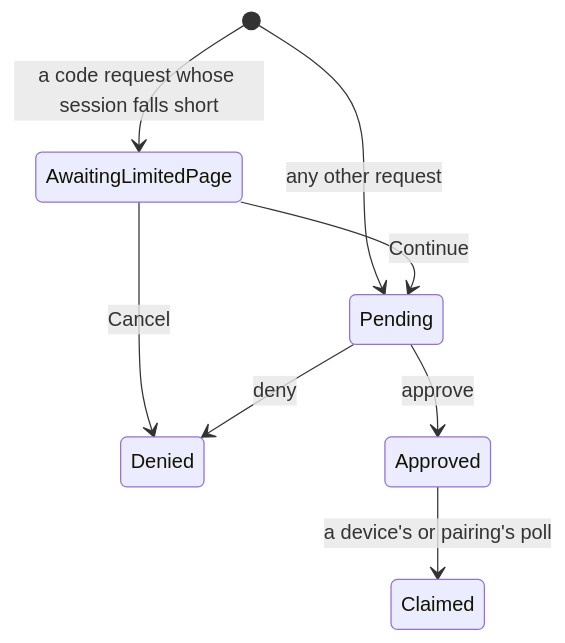
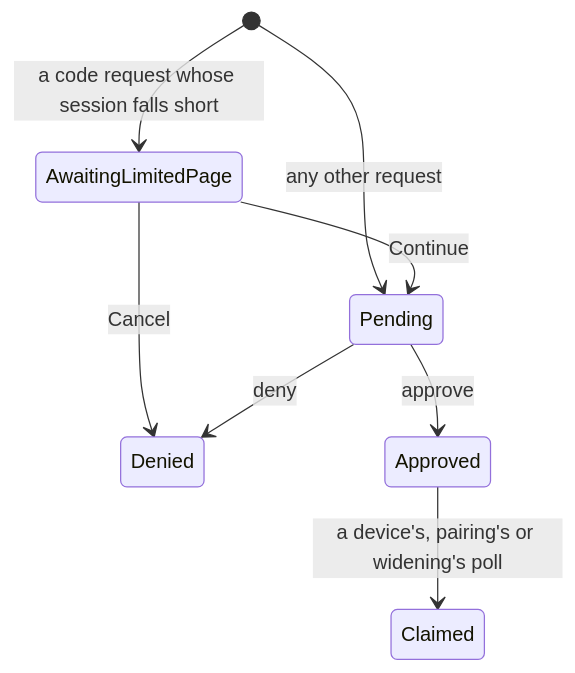
Before and after one commit to wildflowerhealthio/Wildflower: the diagram in apps/host/wildflower-server/authorization-server-rust/docs/Book/Domain/Authorization Request Explanation.md, drawn with Mermaid. The commit also changed other lines of this file and 200 other files, not shown here.

````diff
--- a/apps/host/wildflower-server/authorization-server-rust/docs/Book/Domain/Authorization Request Explanation.md
+++ b/apps/host/wildflower-server/authorization-server-rust/docs/Book/Domain/Authorization Request Explanation.md
@@ -18,10 +19,10 @@
 ```mermaid
 stateDiagram-v2
     [*] --> AwaitingLimitedPage: a code request whose session falls short
     [*] --> Pending: any other request
     AwaitingLimitedPage --> Pending: Continue
     AwaitingLimitedPage --> Denied: Cancel
     Pending --> Approved: approve
     Pending --> Denied: deny
-    Approved --> Claimed: a device's or pairing's poll
+    Approved --> Claimed: a device's, pairing's or widening's poll
 ```
````
